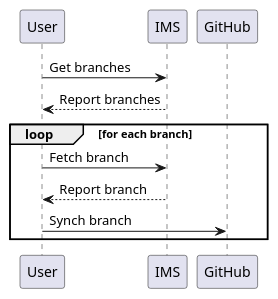
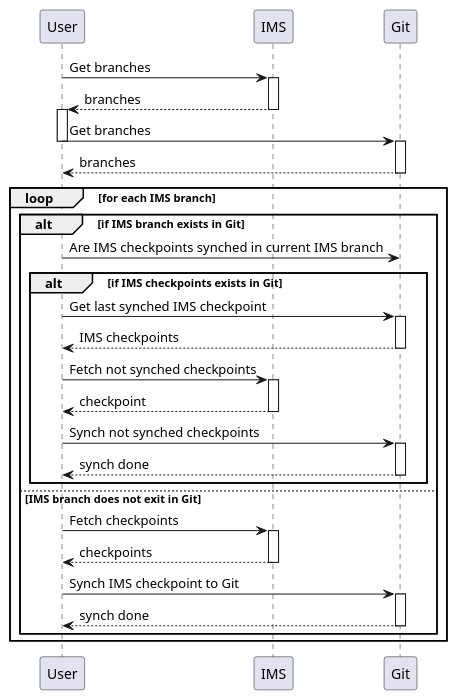
The diagram in doc/sequence.wsd (FlorianBuhl/GitImsSyncher), drawn with PlantUML before and after one commit. The commit also changed 7 other files, not shown here.

```diff
--- a/doc/sequence.wsd
+++ b/doc/sequence.wsd
@@ -1,7 +1,33 @@
+@startuml IMS Git synch sequence
 User -> IMS: Get branches
-IMS --> User: Report branches
-loop for each branch
-  User -> IMS: Fetch branch
-  IMS --> User: Report branch
-  User -> GitHub: Synch branch
+activate IMS
+return branches
+activate User
+User -> Git: Get branches
+deactivate User
+activate Git
+return branches
+loop for each IMS branch
+  alt if IMS branch exists in Git
+    User -> Git: Are IMS checkpoints synched in current IMS branch
+    alt if IMS checkpoints exists in Git
+      User -> Git: Get last synched IMS checkpoint
+        activate Git
+        return IMS checkpoints
+      User -> IMS: Fetch not synched checkpoints
+        activate IMS
+        return checkpoint
+      User -> Git: Synch not synched checkpoints
+        activate Git
+        return synch done
+    end
+  else IMS branch does not exit in Git
+    User -> IMS: Fetch checkpoints
+      activate IMS
+      return checkpoints
+    User -> Git: Synch IMS checkpoint to Git
+      activate Git
+      return synch done
+  end
 end
+@enduml
```
